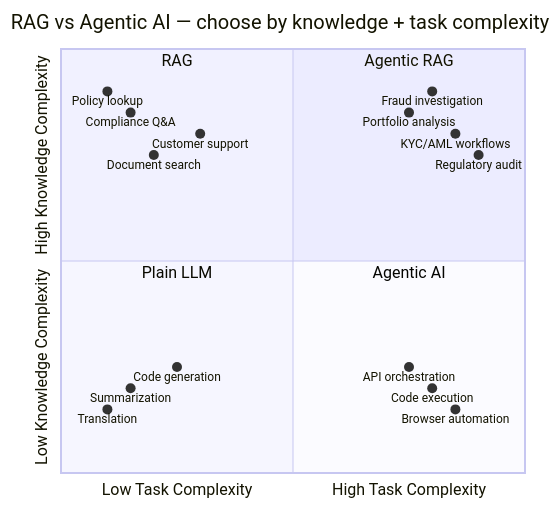
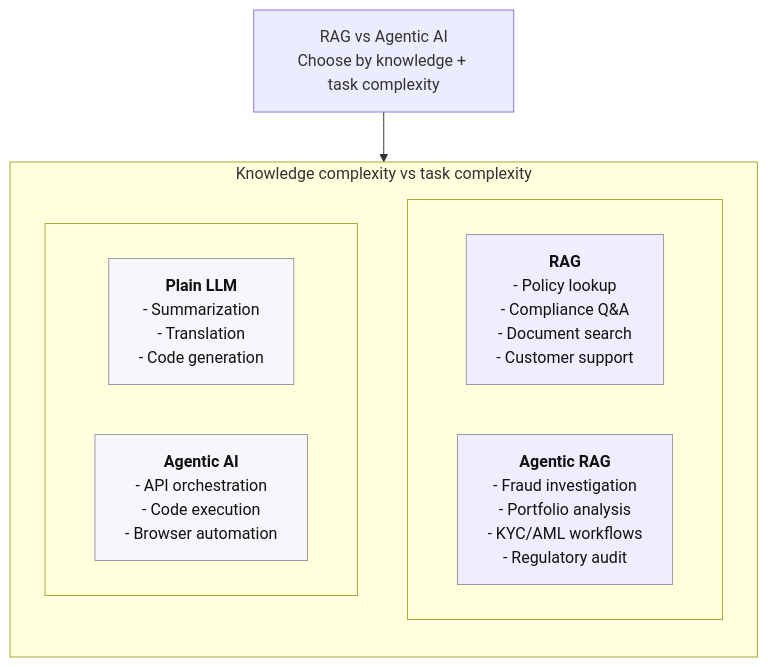
Before and after one commit to sunilpradhansharma/production-rag-patterns-in-practice: the first of 27 diagrams in README.md, drawn with Mermaid. The commit also changed other lines of this file, not shown here.

Commit message:
Refine RAG workshop docs and README

````diff
--- a/README.md
+++ b/README.md
@@ -49,24 +49,27 @@
 ```mermaid
-quadrantChart
-    title RAG vs Agentic AI — choose by knowledge + task complexity
-    x-axis Low Task Complexity --> High Task Complexity
-    y-axis Low Knowledge Complexity --> High Knowledge Complexity
-    quadrant-1 Agentic RAG
-    quadrant-2 RAG
-    quadrant-3 Plain LLM
-    quadrant-4 Agentic AI
-    Compliance Q&A: [0.15, 0.85]
-    Document search: [0.20, 0.75]
-    Policy lookup: [0.10, 0.90]
-    Customer support: [0.30, 0.80]
-    Fraud investigation: [0.80, 0.90]
-    Portfolio analysis: [0.75, 0.85]
-    KYC/AML workflows: [0.85, 0.80]
-    Regulatory audit: [0.90, 0.75]
-    Summarization: [0.15, 0.20]
-    Translation: [0.10, 0.15]
-    Code generation: [0.25, 0.25]
-    Code execution: [0.80, 0.20]
-    API orchestration: [0.75, 0.25]
-    Browser automation: [0.85, 0.15]
+flowchart TB
+    A["RAG vs Agentic AI<br/>Choose by knowledge + task complexity"]
+
+    subgraph B["Knowledge complexity vs task complexity"]
+        direction TB
+
+        subgraph R1[" "]
+            direction LR
+            C["<b>RAG</b><br/>- Policy lookup<br/>- Compliance Q&A<br/>- Document search<br/>- Customer support"]
+            D["<b>Agentic RAG</b><br/>- Fraud investigation<br/>- Portfolio analysis<br/>- KYC/AML workflows<br/>- Regulatory audit"]
+        end
+
+        subgraph R2[" "]
+            direction LR
+            E["<b>Plain LLM</b><br/>- Summarization<br/>- Translation<br/>- Code generation"]
+            F["<b>Agentic AI</b><br/>- API orchestration<br/>- Code execution<br/>- Browser automation"]
+        end
+    end
+
+    A --> B
+
+    style C fill:#eef,stroke:#99a,stroke-width:1px,color:#111
+    style D fill:#eef,stroke:#99a,stroke-width:1px,color:#111
+    style E fill:#f7f7fb,stroke:#99a,stroke-width:1px,color:#111
+    style F fill:#f7f7fb,stroke:#99a,stroke-width:1px,color:#111
 ```
````
